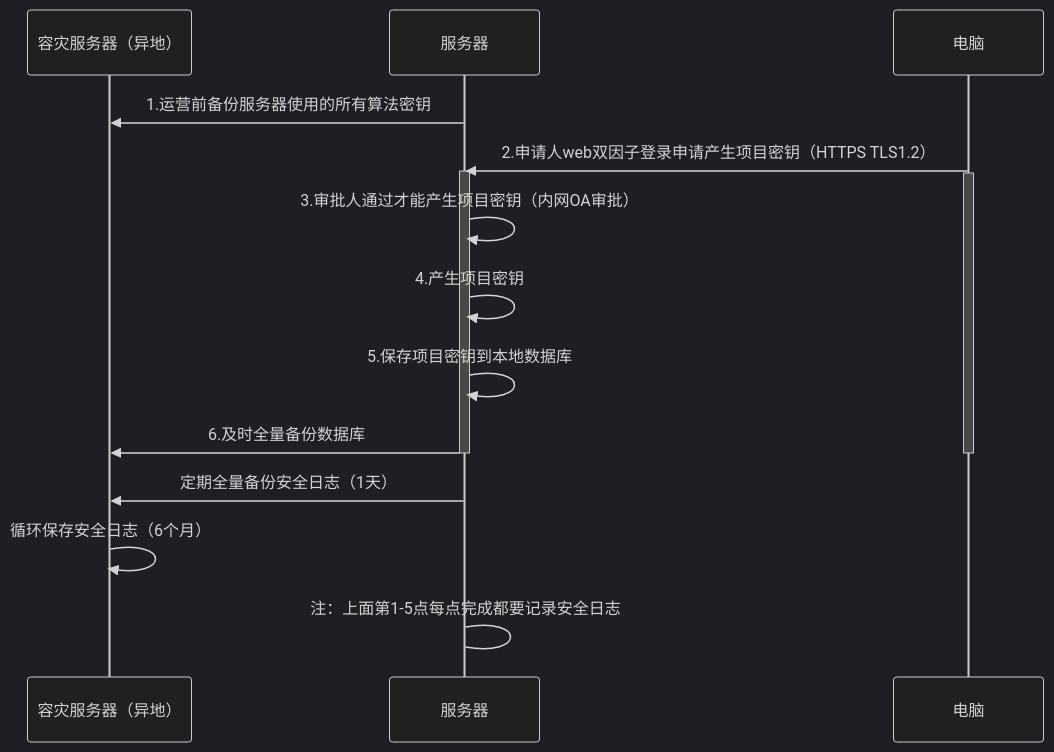
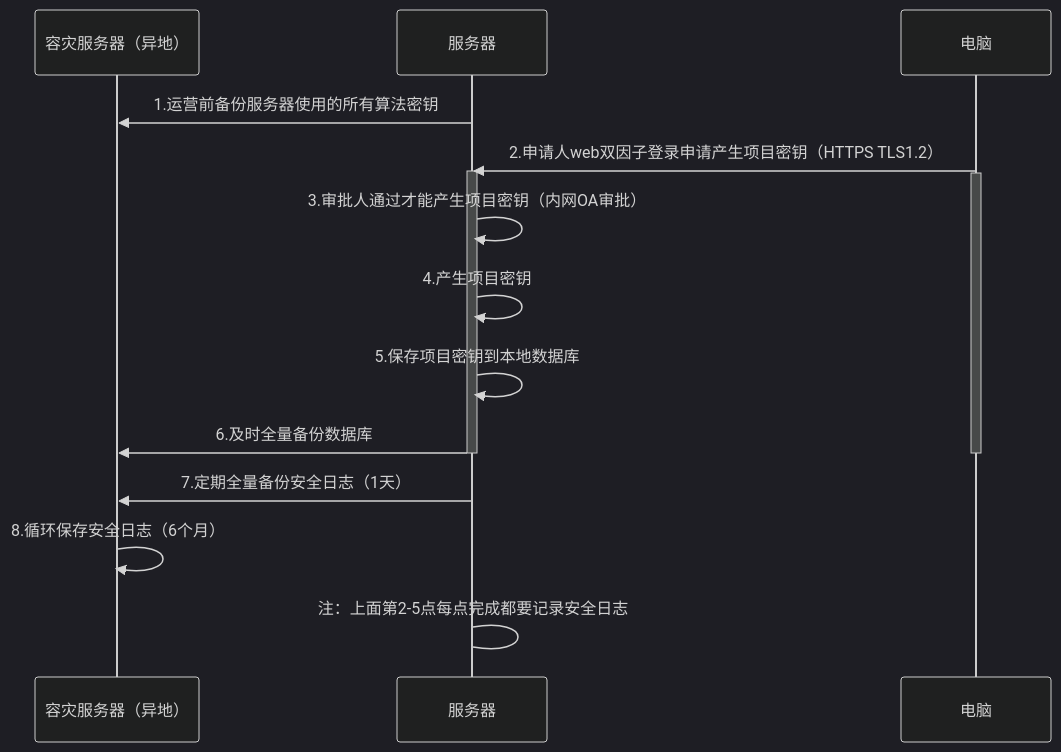
One commit to facebook-cloud/iodraw-files changed the diagram in all/未命名-25.md. Above: the diagram before and after it, drawn with Mermaid (dark theme).

Commit message:
2026-04-21 14:15:18 update

````diff
--- a/all/未命名-25.md
+++ b/all/未命名-25.md
@@ -1,26 +1,26 @@
 ```mermaid
 sequenceDiagram
     participant A as 容灾服务器（异地）
     participant B as 服务器
     participant D as 电脑
 
     B->>A: 1.运营前备份服务器使用的所有算法密钥
     D->>B: 2.申请人web双因子登录申请产生项目密钥（HTTPS TLS1.2）
     activate B
     activate D
     B->>B: 3.审批人通过才能产生项目密钥（内网OA审批）
     B->>B: 4.产生项目密钥
     B->>B: 5.保存项目密钥到本地数据库
     B->>A: 6.及时全量备份数据库
 
     deactivate B
     deactivate D
 
-    B->>A: 定期全量备份安全日志（1天）
-    A->>A: 循环保存安全日志（6个月）
+    B->>A: 7.定期全量备份安全日志（1天）
+    A->>A: 8.循环保存安全日志（6个月）
     
-    B->B: 注：上面第1-5点每点完成都要记录安全日志
+    B->B: 注：上面第2-5点每点完成都要记录安全日志
 
     
 
 ```
````
